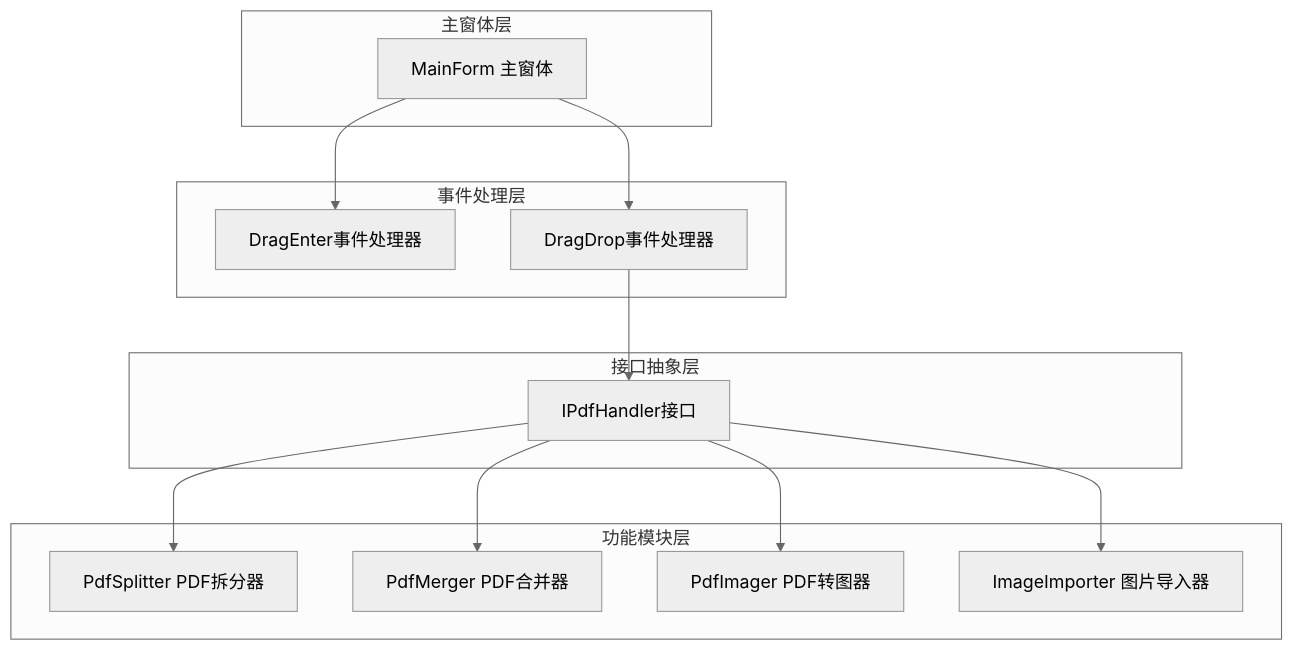
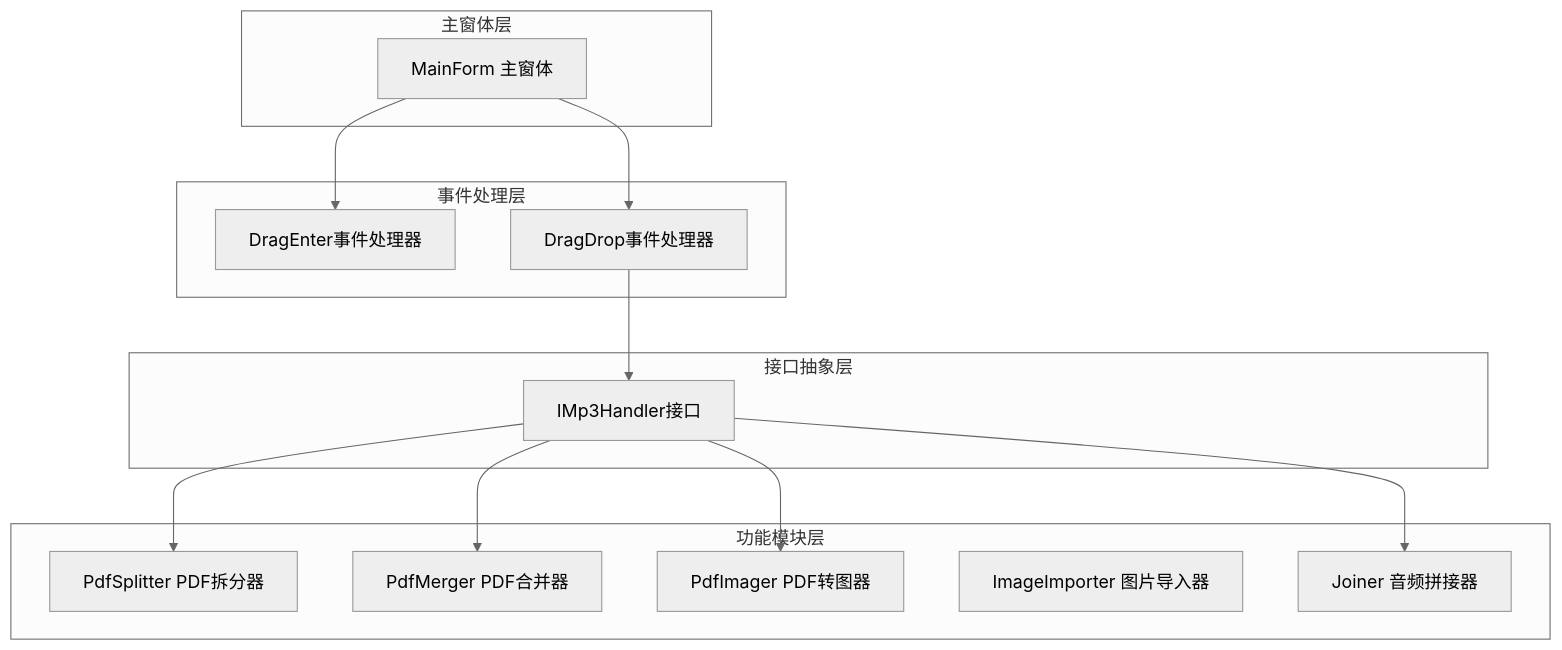
The first of 9 diagrams in .qoder/repowiki/zh/content/技术架构设计/核心组件/界面层/拖拽操作.md (db300/PdfTool), drawn with Mermaid (neutral theme) before and after one commit. The commit also changed other lines of this file and 4 other files, not shown here.

````diff
--- a/.qoder/repowiki/zh/content/技术架构设计/核心组件/界面层/拖拽操作.md
+++ b/.qoder/repowiki/zh/content/技术架构设计/核心组件/界面层/拖拽操作.md
@@ -34,26 +46,27 @@
 ```mermaid
 graph TB
 subgraph "主窗体层"
 MainForm[MainForm 主窗体]
 end
 subgraph "事件处理层"
 DragEnter[DragEnter事件处理器]
 DragDrop[DragDrop事件处理器]
 end
 subgraph "接口抽象层"
-IPdfHandler[IPdfHandler接口]
+IMp3Handler[IMp3Handler接口]
 end
 subgraph "功能模块层"
 PdfSplitter[PdfSplitter PDF拆分器]
 PdfMerger[PdfMerger PDF合并器]
 PdfImager[PdfImager PDF转图器]
 ImageImporter[ImageImporter 图片导入器]
+Joiner[Joiner 音频拼接器]
 end
 MainForm --> DragEnter
 MainForm --> DragDrop
-DragDrop --> IPdfHandler
-IPdfHandler --> PdfSplitter
-IPdfHandler --> PdfMerger
-IPdfHandler --> PdfImager
-IPdfHandler --> ImageImporter
+DragDrop --> IMp3Handler
+IMp3Handler --> PdfSplitter
+IMp3Handler --> PdfMerger
+IMp3Handler --> PdfImager
+IMp3Handler --> Joiner
 ```
````
